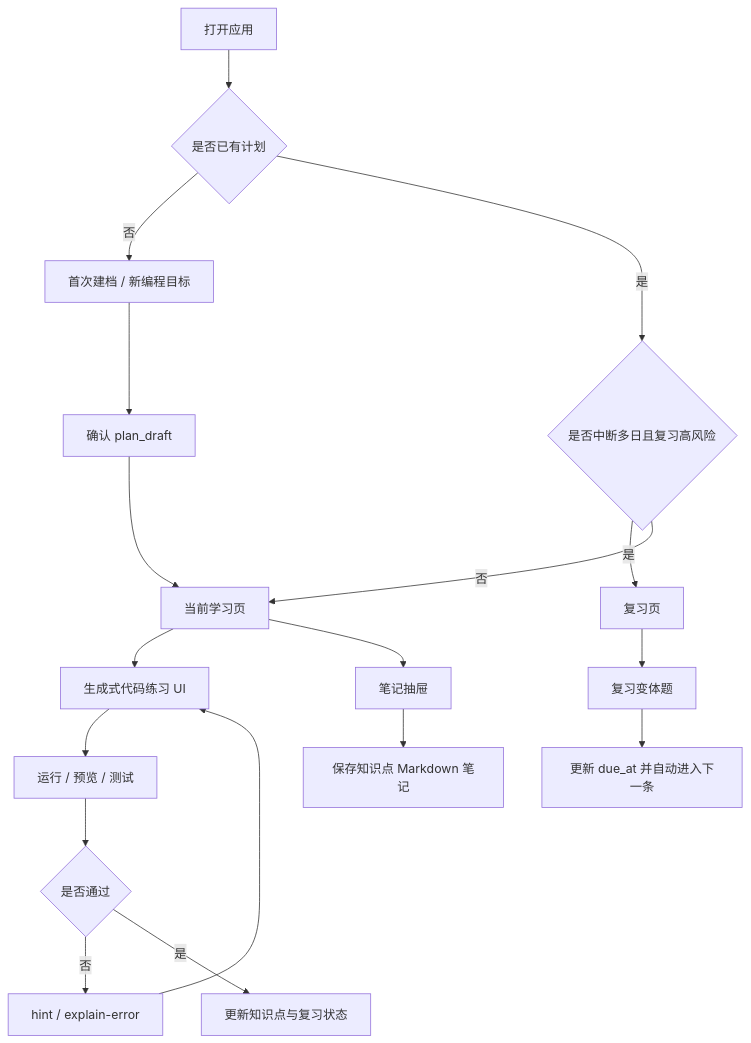
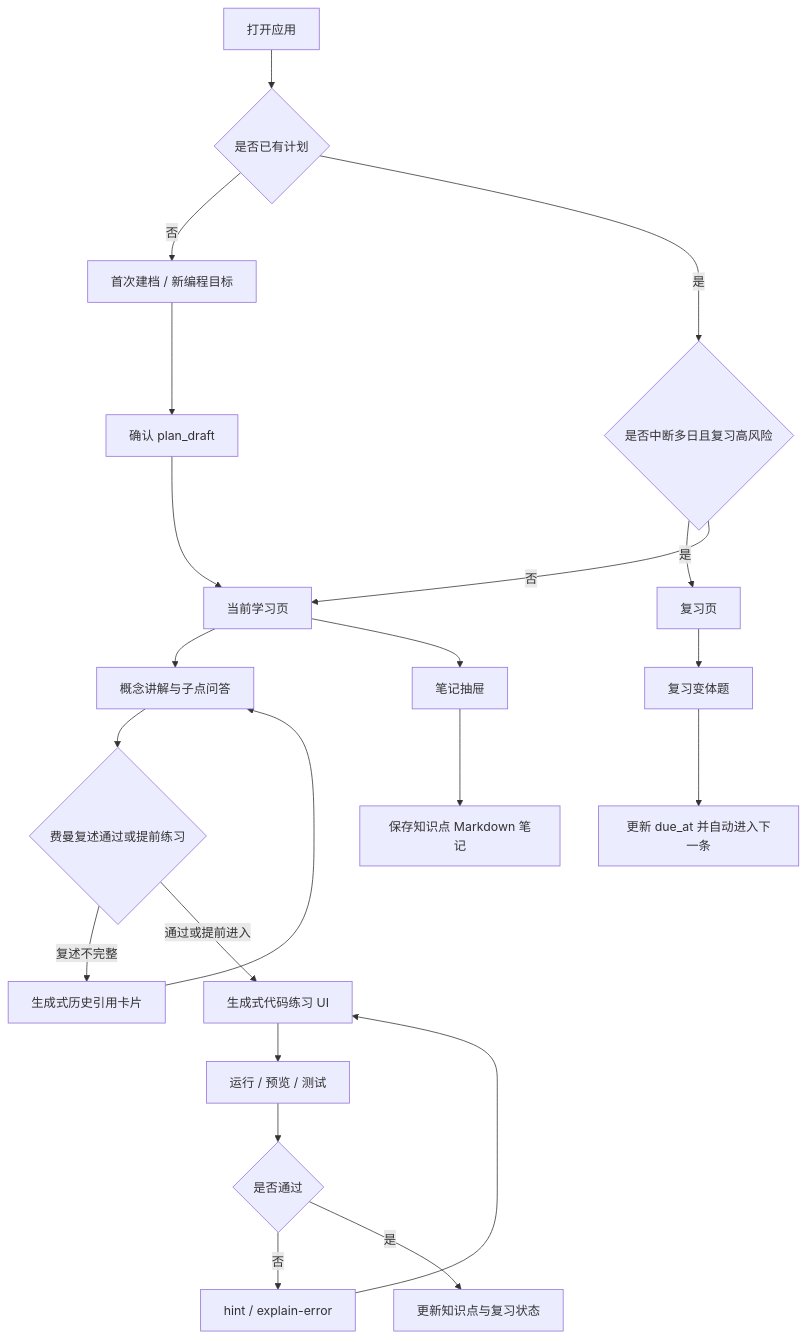
The diagram in docs/product/user-flows.md (P1nL/Aearn), drawn with Mermaid before and after one commit. The commit also changed other lines of this file and 28 other files, not shown here.

Commit message:
feat(learning): add concept-first session flow

````diff
--- a/docs/product/user-flows.md
+++ b/docs/product/user-flows.md
@@ -704,20 +721,24 @@
 ```mermaid
 flowchart TD
   A["打开应用"] --> B{"是否已有计划"}
   B -->|否| C["首次建档 / 新编程目标"]
   C --> D["确认 plan_draft"]
   D --> E["当前学习页"]
   B -->|是| F{"是否中断多日且复习高风险"}
   F -->|是| G["复习页"]
   F -->|否| E
-  E --> H["生成式代码练习 UI"]
+  E --> Q["概念讲解与子点问答"]
+  Q --> R{"费曼复述通过或提前练习"}
+  R -->|复述不完整| S["生成式历史引用卡片"]
+  S --> Q
+  R -->|通过或提前进入| H["生成式代码练习 UI"]
   H --> I["运行 / 预览 / 测试"]
   I --> J{"是否通过"}
   J -->|否| K["hint / explain-error"]
   K --> H
   J -->|是| L["更新知识点与复习状态"]
   E --> M["笔记抽屉"]
   M --> N["保存知识点 Markdown 笔记"]
   G --> O["复习变体题"]
   O --> P["更新 due_at 并自动进入下一条"]
 ```
````
